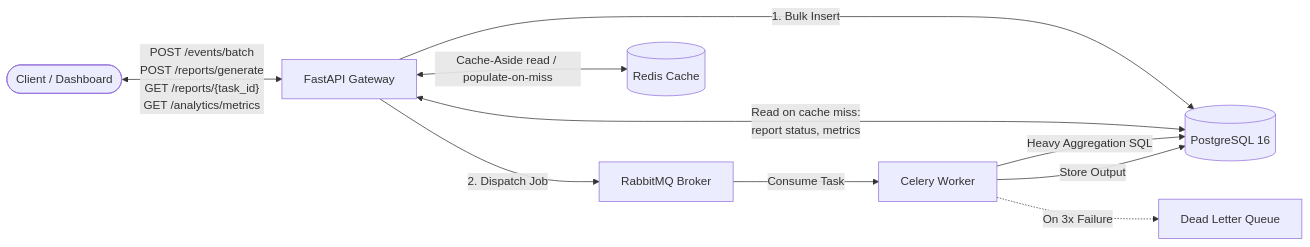
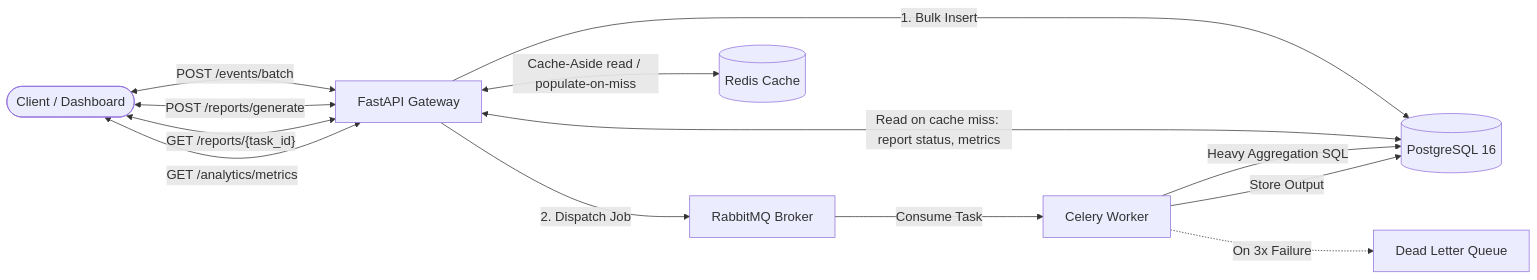
The diagram in README.md (Avrhambi/async-report-engine), drawn with Mermaid before and after one commit.

Commit message:
readme: restore per-endpoint client-API edges + add mermaid init for larger render

````diff
--- a/README.md
+++ b/README.md
@@ -18,16 +18,18 @@
 ```mermaid
+%%{init: {"flowchart": {"useMaxWidth": false, "nodeSpacing": 55, "rankSpacing": 85}, "themeVariables": {"fontSize": "18px"}}}%%
 flowchart LR
-    Client([Client / Dashboard])
-
-    Client <-->|"POST /events/batch<br/>POST /reports/generate<br/>GET /reports/{task_id}<br/>GET /analytics/metrics"| API[FastAPI Gateway]
+    Client([Client / Dashboard]) <-->|"POST /events/batch"| API[FastAPI Gateway]
+    Client <-->|"POST /reports/generate"| API
+    Client <-->|"GET /reports/{task_id}"| API
+    Client <-->|"GET /analytics/metrics"| API
 
     API -->|1. Bulk Insert| DB[(PostgreSQL 16)]
     API -->|2. Dispatch Job| RMQ[RabbitMQ Broker]
     API <-->|Cache-Aside read / populate-on-miss| REDIS[(Redis Cache)]
-    API <-->|Read on cache miss:<br/>report status, metrics| DB
+    API <-->|"Read on cache miss: report status, metrics"| DB
 
     RMQ -->|Consume Task| WORKER[Celery Worker]
     WORKER -->|Heavy Aggregation SQL| DB
     WORKER -->|Store Output| DB
     WORKER -.->|On 3x Failure| DLQ[Dead Letter Queue]
 ```
````
